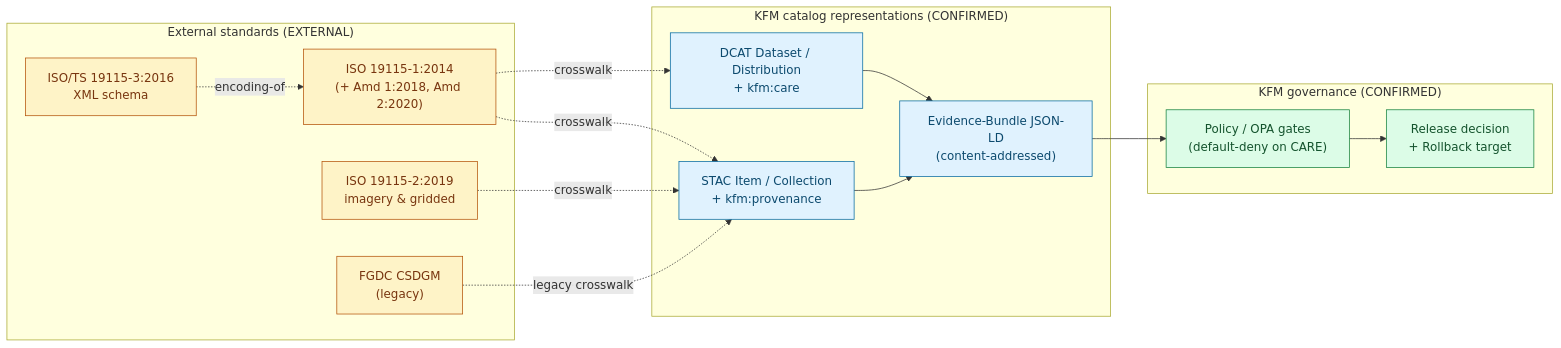
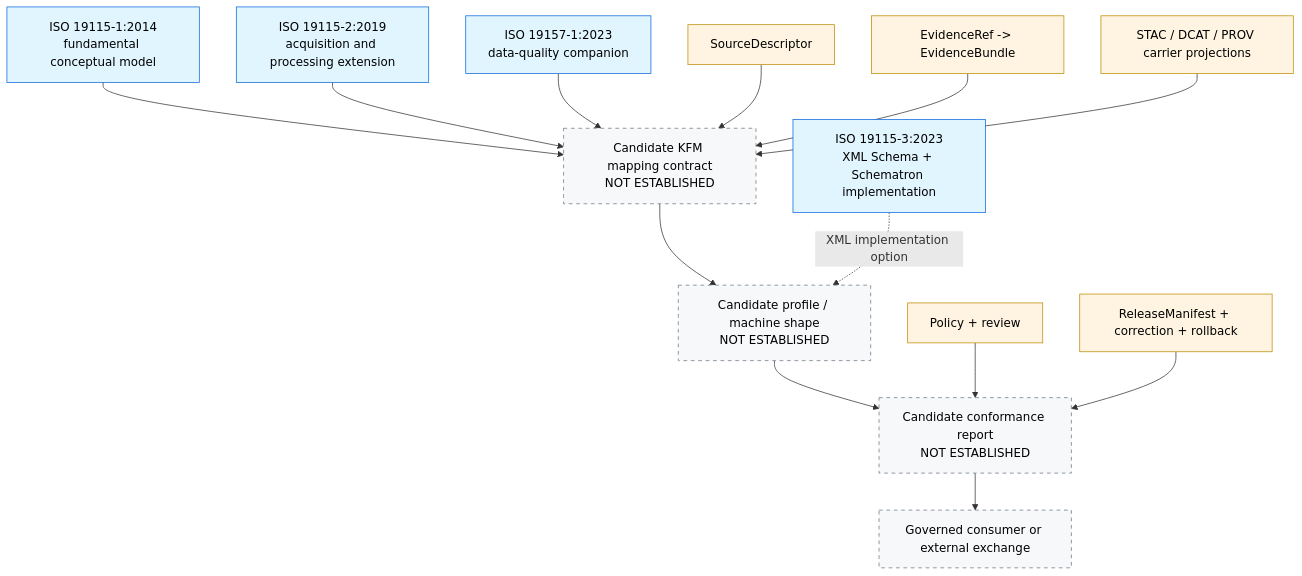
One commit to bartytime4life/Kansas-Frontier-Matrix changed the diagram in docs/standards/ISO-19115.md. Above: the diagram before and after it, drawn with Mermaid. The commit also changed other lines of this file, not shown here.

Commit message:
docs(standards): ground ISO 19115 guidance in current evidence

````diff
--- a/docs/standards/ISO-19115.md
+++ b/docs/standards/ISO-19115.md
@@ -143,37 +197,39 @@
 ```mermaid
-flowchart LR
-    subgraph EXT["External standards (EXTERNAL)"]
-        ISO1["ISO 19115-1:2014<br/>(+ Amd 1:2018, Amd 2:2020)"]
-        ISO2["ISO 19115-2:2019<br/>imagery &amp; gridded"]
-        ISO3["ISO/TS 19115-3:2016<br/>XML schema"]
-        FGDC["FGDC CSDGM<br/>(legacy)"]
-    end
+flowchart TD
+    ISO1["ISO 19115-1:2014<br/>fundamental conceptual model"]
+    ISO2["ISO 19115-2:2019<br/>acquisition and processing extension"]
+    ISO3["ISO 19115-3:2023<br/>XML Schema + Schematron implementation"]
+    QUAL["ISO 19157-1:2023<br/>data-quality companion"]
 
-    subgraph CAT["KFM catalog representations (CONFIRMED)"]
-        STAC["STAC Item / Collection<br/>+ kfm:provenance"]
-        DCAT["DCAT Dataset / Distribution<br/>+ kfm:care"]
-        EVB["Evidence-Bundle JSON-LD<br/>(content-addressed)"]
-    end
+    MAP["Candidate KFM mapping contract<br/>NOT ESTABLISHED"]
+    SHAPE["Candidate profile / machine shape<br/>NOT ESTABLISHED"]
+    REPORT["Candidate conformance report<br/>NOT ESTABLISHED"]
 
-    subgraph GOV["KFM governance (CONFIRMED)"]
-        POL["Policy / OPA gates<br/>(default-deny on CARE)"]
-        REL["Release decision<br/>+ Rollback target"]
-    end
+    SRC["SourceDescriptor"]
+    EVD["EvidenceRef -> EvidenceBundle"]
+    CAT["STAC / DCAT / PROV carrier projections"]
+    POL["Policy + review"]
+    REL["ReleaseManifest + correction + rollback"]
+    USE["Governed consumer or external exchange"]
 
-    ISO1 -. crosswalk .-> STAC
-    ISO1 -. crosswalk .-> DCAT
-    ISO2 -. crosswalk .-> STAC
-    ISO3 -. encoding-of .-> ISO1
-    FGDC -. legacy crosswalk .-> STAC
-    STAC --> EVB
-    DCAT --> EVB
-    EVB --> POL
-    POL --> REL
+    ISO1 --> MAP
+    ISO2 --> MAP
+    QUAL --> MAP
+    MAP --> SHAPE
+    ISO3 -. XML implementation option .-> SHAPE
 
-    classDef external fill:#fef3c7,stroke:#b45309,color:#78350f;
-    classDef catalog  fill:#e0f2fe,stroke:#0369a1,color:#0c4a6e;
-    classDef gov      fill:#dcfce7,stroke:#15803d,color:#14532d;
-    class ISO1,ISO2,ISO3,FGDC external;
-    class STAC,DCAT,EVB catalog;
-    class POL,REL gov;
+    SRC --> MAP
+    EVD --> MAP
+    CAT --> MAP
+    SHAPE --> REPORT
+    POL --> REPORT
+    REL --> REPORT
+    REPORT --> USE
+
+    classDef upstream fill:#e1f5ff,stroke:#0969da,color:#000;
+    classDef authority fill:#fff4e1,stroke:#bf8b00,color:#000;
+    classDef candidate fill:#f6f8fa,stroke:#6e7781,color:#000,stroke-dasharray:5 5;
+    class ISO1,ISO2,ISO3,QUAL upstream;
+    class SRC,EVD,CAT,POL,REL authority;
+    class MAP,SHAPE,REPORT,USE candidate;
 ```
````
